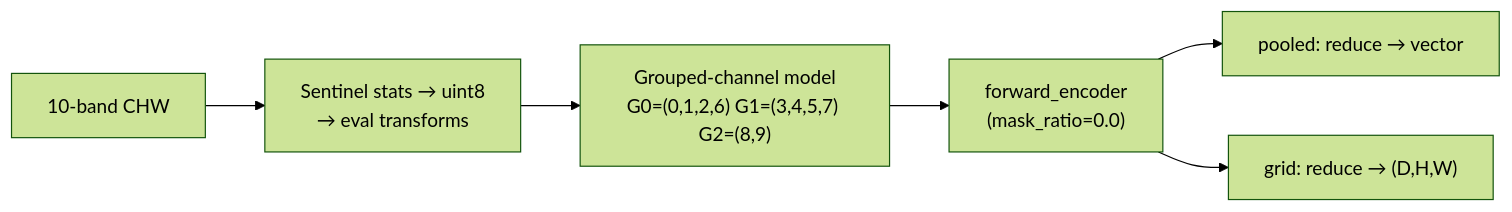
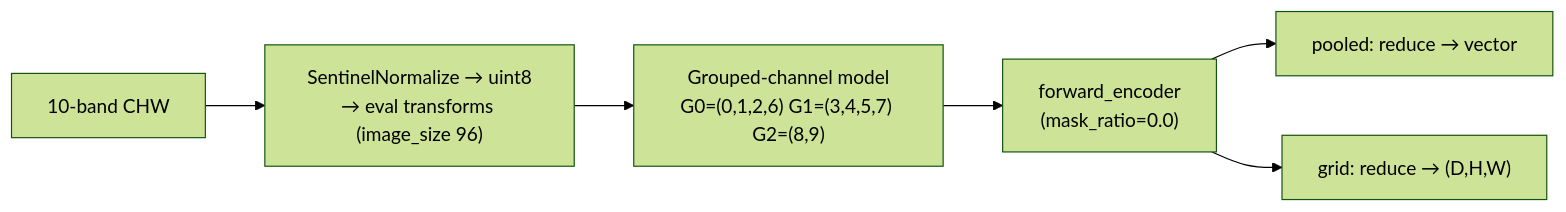
One commit to cybergis/rs-embed changed the fourth of 4 diagrams in docs/models/satmaepp.md. Above: the diagram before and after it, drawn with Mermaid (forest theme). The commit also changed other lines of this file and 18 other files, not shown here.

````diff
--- a/docs/models/satmaepp.md
+++ b/docs/models/satmaepp.md
@@ -128,8 +133,8 @@
 ```mermaid
 flowchart LR
-    INPUT["10-band CHW"] --> PREP["Sentinel stats → uint8\n→ eval transforms"]
+    INPUT["10-band CHW"] --> PREP["SentinelNormalize → uint8\n→ eval transforms (image_size 96)"]
     PREP --> GRP["Grouped-channel model\nG0=(0,1,2,6) G1=(3,4,5,7) G2=(8,9)"]
     GRP --> FWD["forward_encoder\n(mask_ratio=0.0)"]
     FWD --> POOL["pooled: reduce → vector"]
     FWD --> GRID["grid: reduce → (D,H,W)"]
 ```
````
